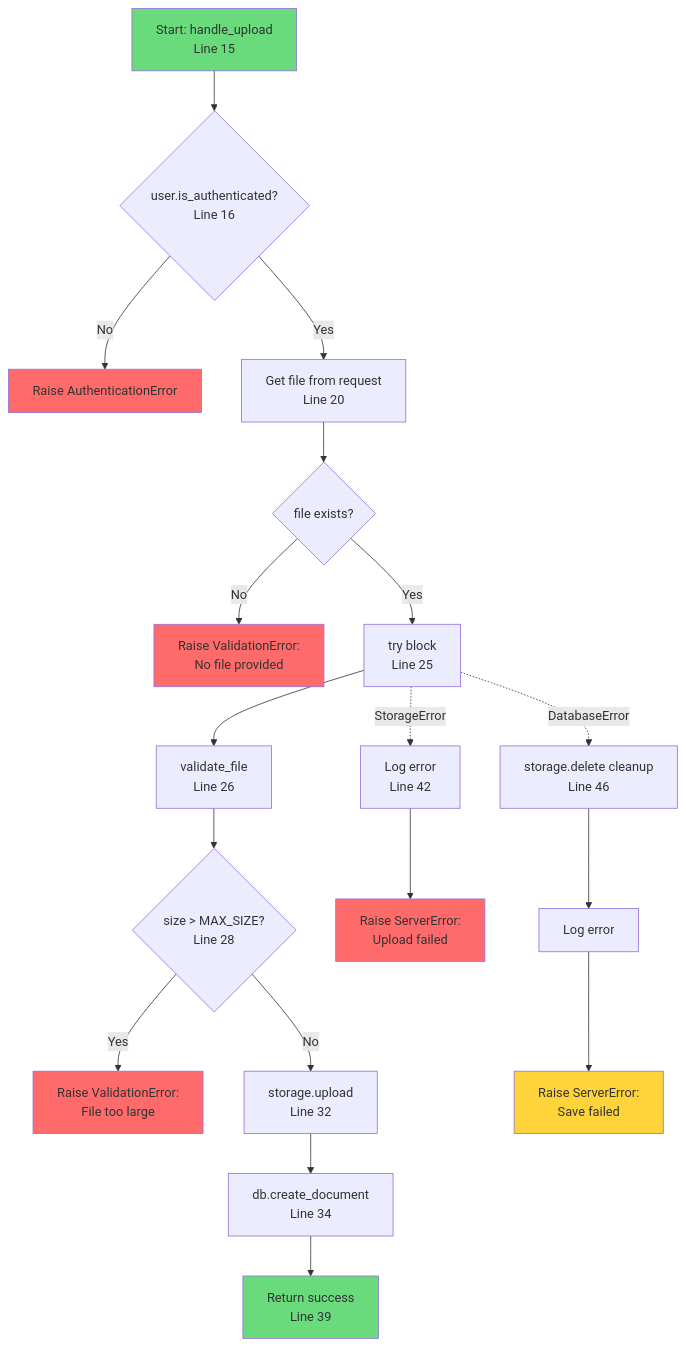
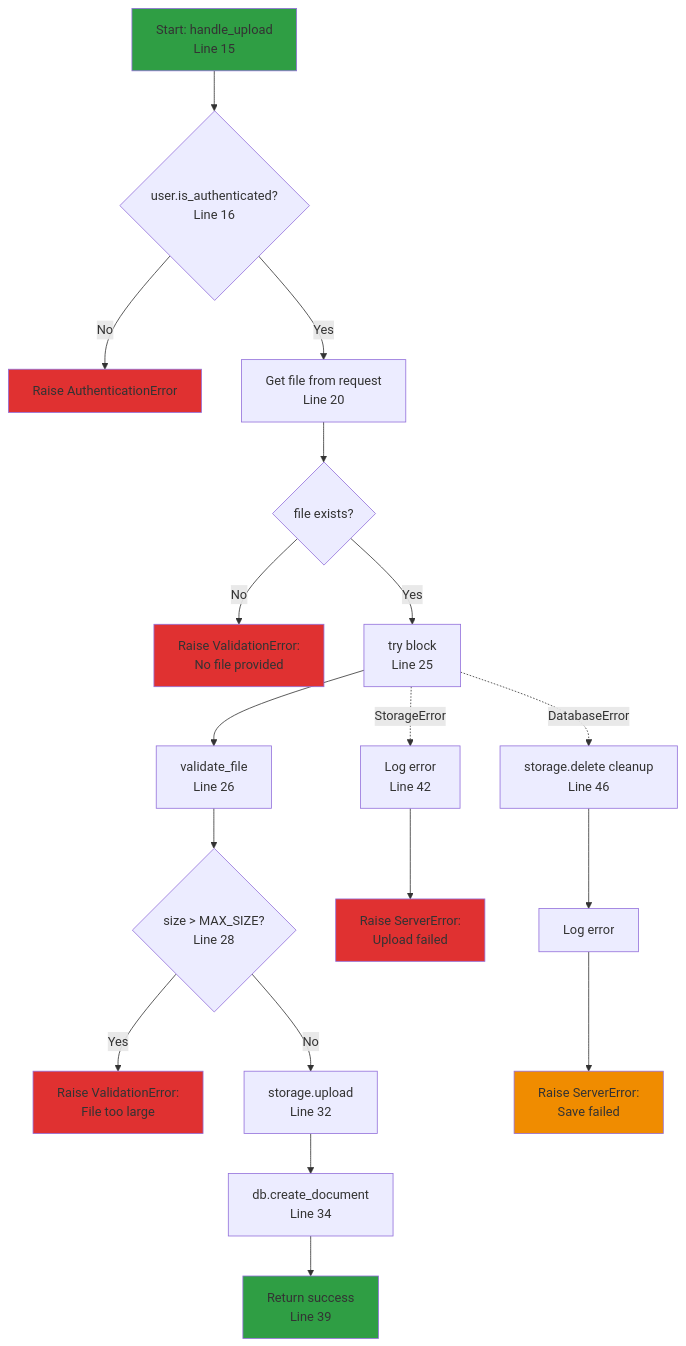
Before and after one commit to selimabeniacar/gemini-skills: the second of 3 diagrams in examples/control-flow.md, drawn with Mermaid. The commit also changed other lines of this file and 6 other files, not shown here.

Commit message:
Add /flow skill for generating flow diagrams

````diff
--- a/examples/control-flow.md
+++ b/examples/control-flow.md
@@ -135,30 +135,30 @@
 ```mermaid
 flowchart TD
     A[Start: handle_upload<br/>Line 15] --> B{user.is_authenticated?<br/>Line 16}
     B -->|No| C[Raise AuthenticationError]
     B -->|Yes| D[Get file from request<br/>Line 20]
     D --> E{file exists?}
     E -->|No| F[Raise ValidationError:<br/>No file provided]
     E -->|Yes| G[try block<br/>Line 25]
     G --> H[validate_file<br/>Line 26]
     H --> I{size > MAX_SIZE?<br/>Line 28}
     I -->|Yes| J[Raise ValidationError:<br/>File too large]
     I -->|No| K[storage.upload<br/>Line 32]
     K --> L[db.create_document<br/>Line 34]
     L --> M[Return success<br/>Line 39]
 
     G -.->|StorageError| N[Log error<br/>Line 42]
     N --> O[Raise ServerError:<br/>Upload failed]
 
     G -.->|DatabaseError| P[storage.delete cleanup<br/>Line 46]
     P --> Q[Log error]
     Q --> R[Raise ServerError:<br/>Save failed]
 
-    style A fill:#69db7c
-    style M fill:#69db7c
-    style C fill:#ff6b6b
-    style F fill:#ff6b6b
-    style J fill:#ff6b6b
-    style O fill:#ff6b6b
-    style R fill:#ffd43b
+    style A fill:#2f9e44
+    style M fill:#2f9e44
+    style C fill:#e03131
+    style F fill:#e03131
+    style J fill:#e03131
+    style O fill:#e03131
+    style R fill:#f08c00
 ```
````
